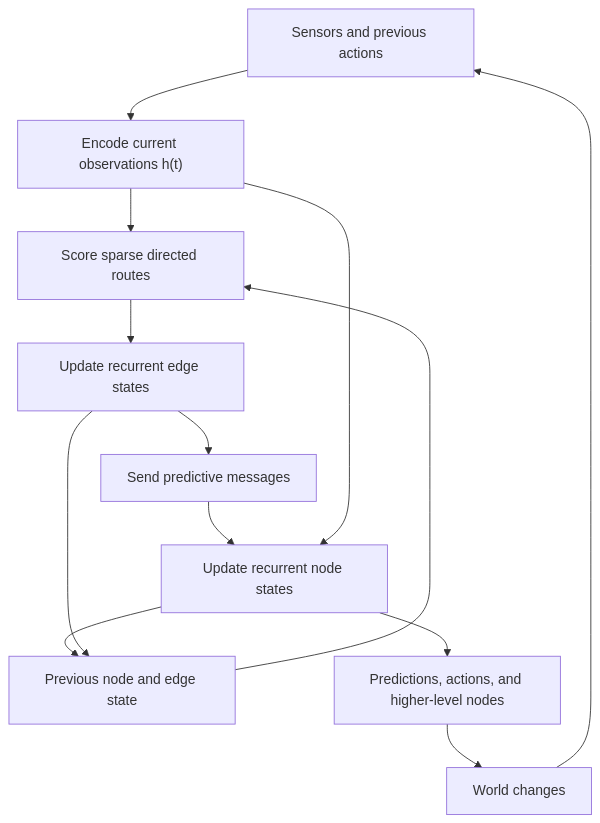
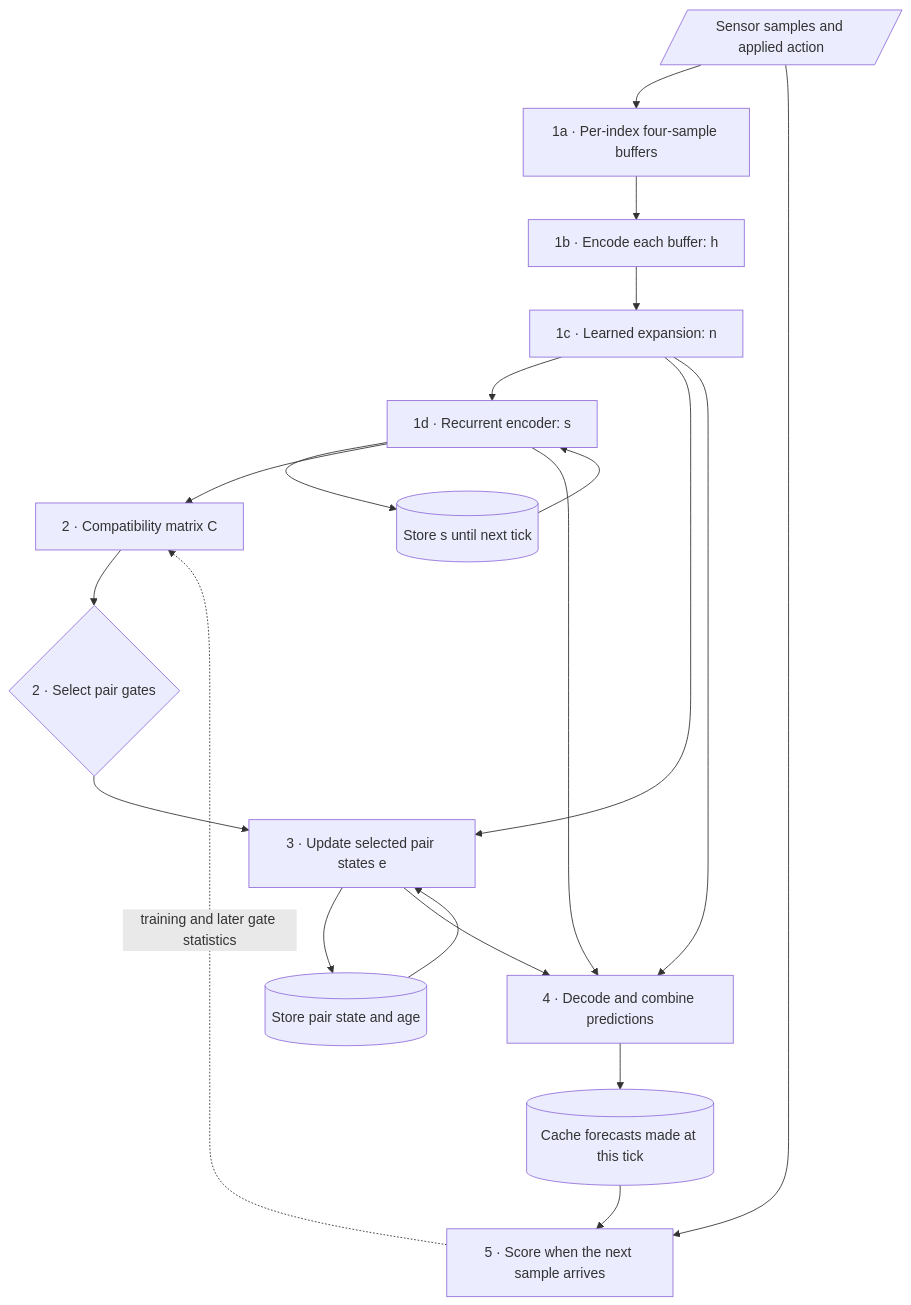
Before and after one commit to spencerbug/spencerbug.github.io: the first of 2 diagrams in _posts/2026-09-19-recurrent-predictive-routing.md, drawn with Mermaid. The commit also changed other lines of this file and 4 other files, not shown here.

````diff
--- a/_posts/2026-09-19-recurrent-predictive-routing.md
+++ b/_posts/2026-09-19-recurrent-predictive-routing.md
@@ -59,15 +47,22 @@
-```mermaid
+~~~mermaid
 flowchart TD
-    S["Sensors and previous actions"] --> H["Encode current observations h(t)"]
-    P["Previous node and edge state"] --> R["Score sparse directed routes"]
-    H --> R
-    R --> E["Update recurrent edge states"]
-    E --> M["Send predictive messages"]
-    M --> N["Update recurrent node states"]
-    H --> N
-    N --> O["Predictions, actions, and higher-level nodes"]
-    O --> W["World changes"]
-    W --> S
-    N --> P
-    E --> P
-```
+    X[/"Sensor samples and applied action"/] --> B["1a · Per-index four-sample buffers"]
+    B --> H["1b · Encode each buffer: h"]
+    H --> N["1c · Learned expansion: n"]
+    N --> S["1d · Recurrent encoder: s"]
+    S --> D[("Store s until next tick")]
+    D --> S
+    S --> C["2 · Compatibility matrix C"]
+    C --> G{"2 · Select pair gates"}
+    G --> E["3 · Update selected pair states e"]
+    N --> E
+    E --> ED[("Store pair state and age")]
+    ED --> E
+    E --> M["4 · Decode and combine predictions"]
+    N --> M
+    S --> M
+    M --> P[("Cache forecasts made at this tick")]
+    P --> L["5 · Score when the next sample arrives"]
+    X --> L
+    L -. training and later gate statistics .-> C
+~~~
````
